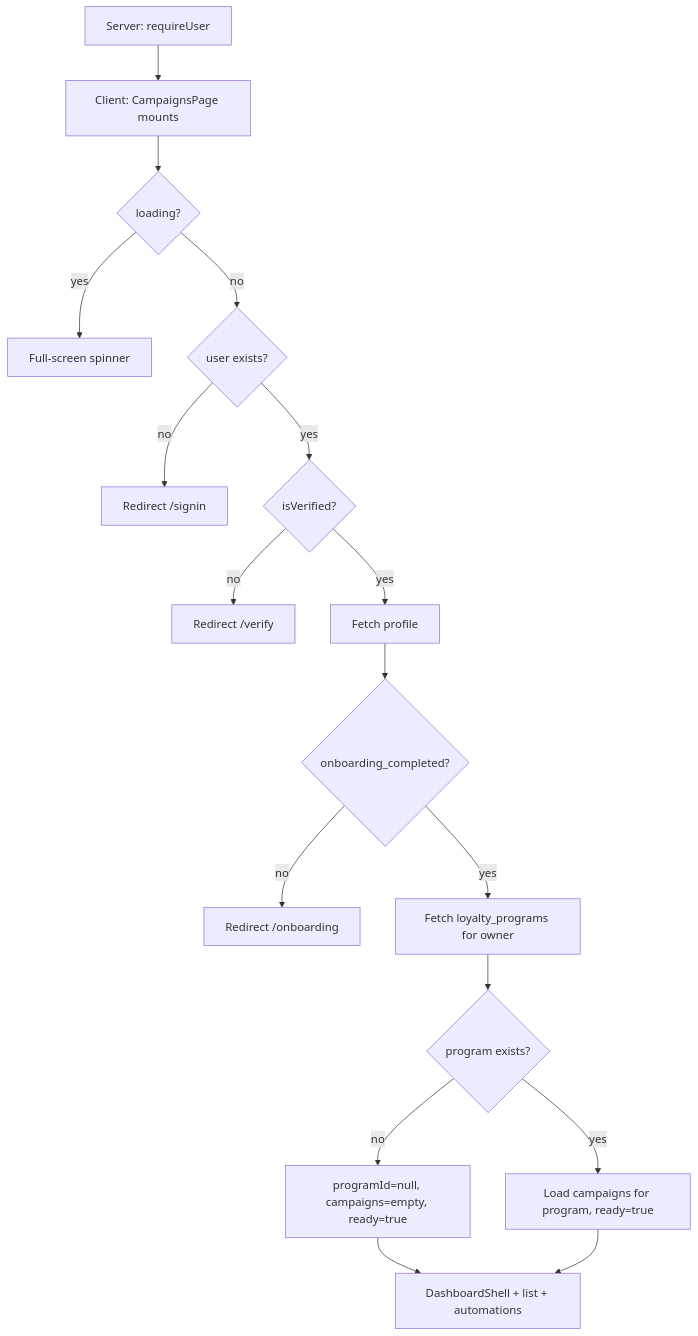
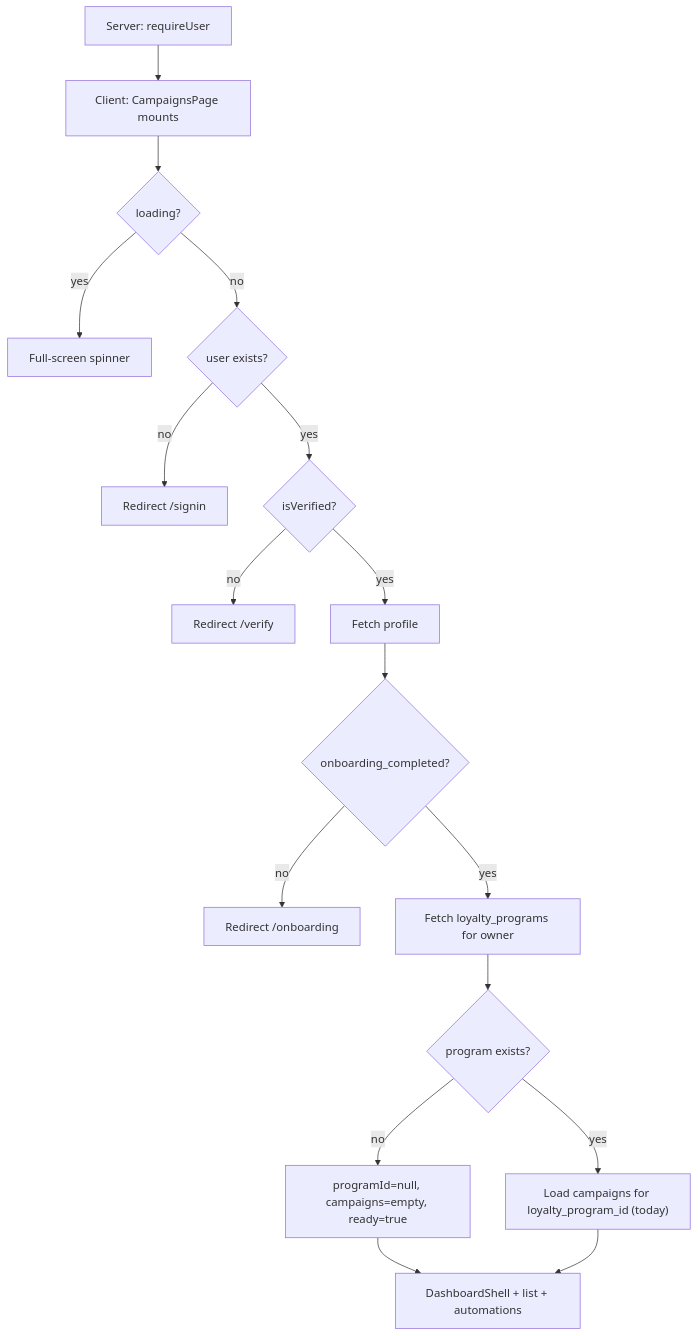
The first of 5 diagrams in docs/frontend/campaigns-page.md (Ali-sherif/loyollo-web), drawn with Mermaid before and after one commit. The commit also changed other lines of this file and 36 other files, not shown here.

````diff
--- a/docs/frontend/campaigns-page.md
+++ b/docs/frontend/campaigns-page.md
@@ -113,19 +142,19 @@
 ```mermaid
 flowchart TD
   A[Server: requireUser] --> B[Client: CampaignsPage mounts]
   B --> C{loading?}
   C -->|yes| D[Full-screen spinner]
   C -->|no| E{user exists?}
   E -->|no| F[Redirect /signin]
   E -->|yes| G{isVerified?}
   G -->|no| H[Redirect /verify]
   G -->|yes| I[Fetch profile]
   I --> J{onboarding_completed?}
   J -->|no| K[Redirect /onboarding]
   J -->|yes| L[Fetch loyalty_programs for owner]
   L --> M{program exists?}
   M -->|no| N[programId=null, campaigns=empty, ready=true]
-  M -->|yes| O[Load campaigns for program, ready=true]
+  M -->|yes| O["Load campaigns for loyalty_program_id (today)"]
   N --> P[DashboardShell + list + automations]
   O --> P
 ```
````
